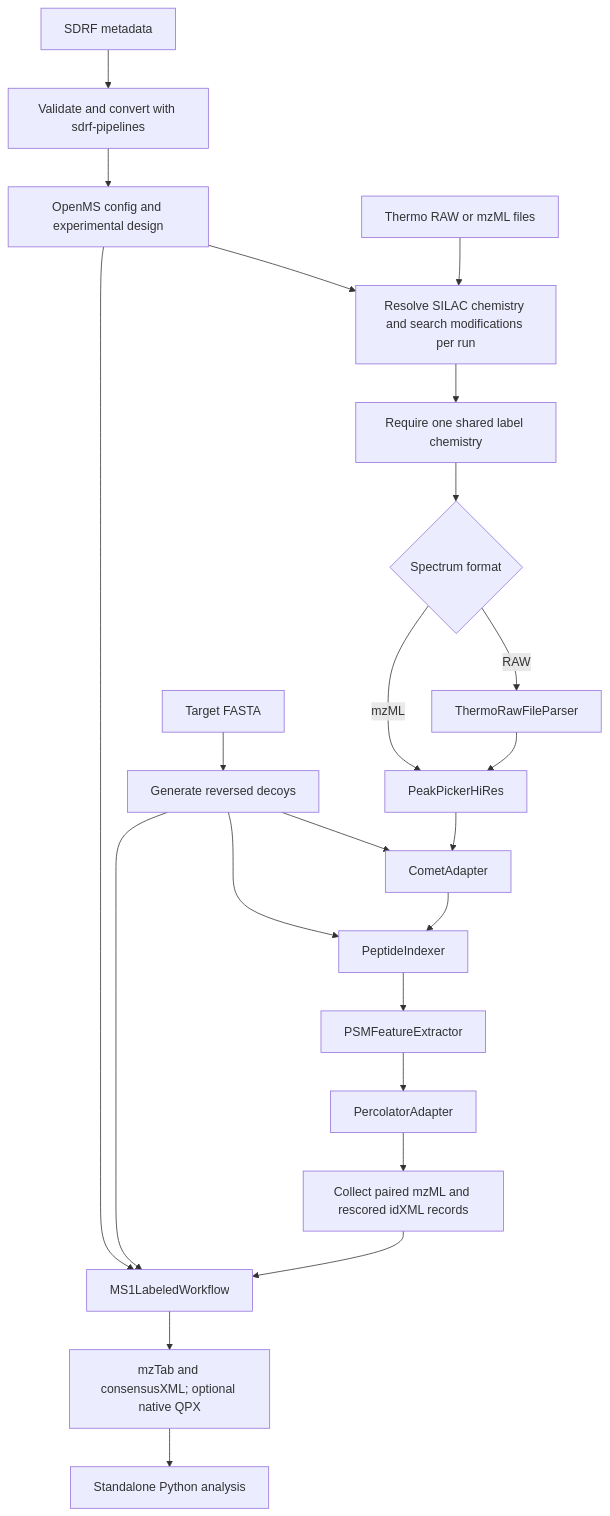
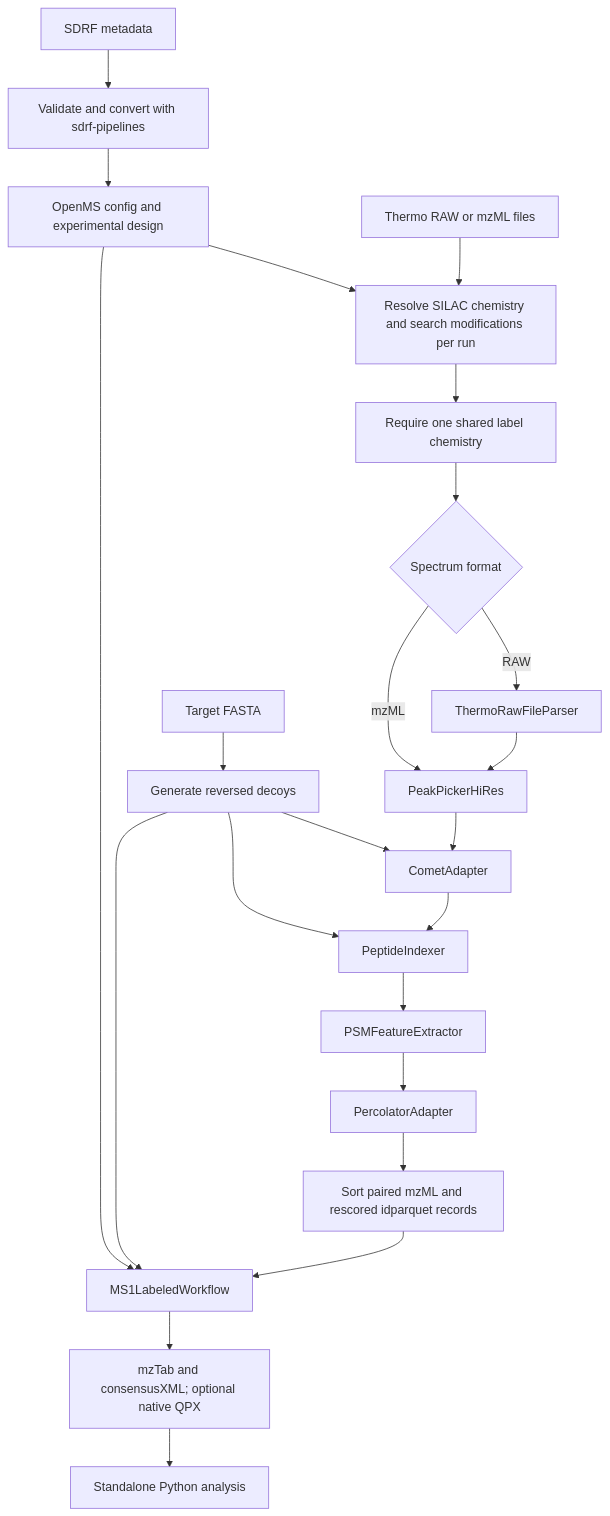
One commit to PhilRe99/openms_silac_nextflow changed the diagram in README.md. Above: the diagram before and after it, drawn with Mermaid. The commit also changed other lines of this file and 5 other files, not shown here.

````diff
--- a/README.md
+++ b/README.md
@@ -34,25 +38,25 @@
 ```mermaid
 flowchart TD
     A[SDRF metadata] --> B[Validate and convert with sdrf-pipelines]
     B --> C[OpenMS config and experimental design]
     C --> D[Resolve SILAC chemistry and search modifications per run]
     E[Thermo RAW or mzML files] --> D
     D --> F[Require one shared label chemistry]
     F --> G{Spectrum format}
     G -->|RAW| H[ThermoRawFileParser]
     G -->|mzML| I[PeakPickerHiRes]
     H --> I
     J[Target FASTA] --> K[Generate reversed decoys]
     I --> L[CometAdapter]
     K --> L
     L --> M[PeptideIndexer]
     K --> M
     M --> N[PSMFeatureExtractor]
     N --> O[PercolatorAdapter]
-    O --> P[Collect paired mzML and rescored idXML records]
+    O --> P[Sort paired mzML and rescored idparquet records]
     P --> Q[MS1LabeledWorkflow]
     C --> Q
     K --> Q
     Q --> R[mzTab and consensusXML; optional native QPX]
     R --> S[Standalone Python analysis]
 ```
````
